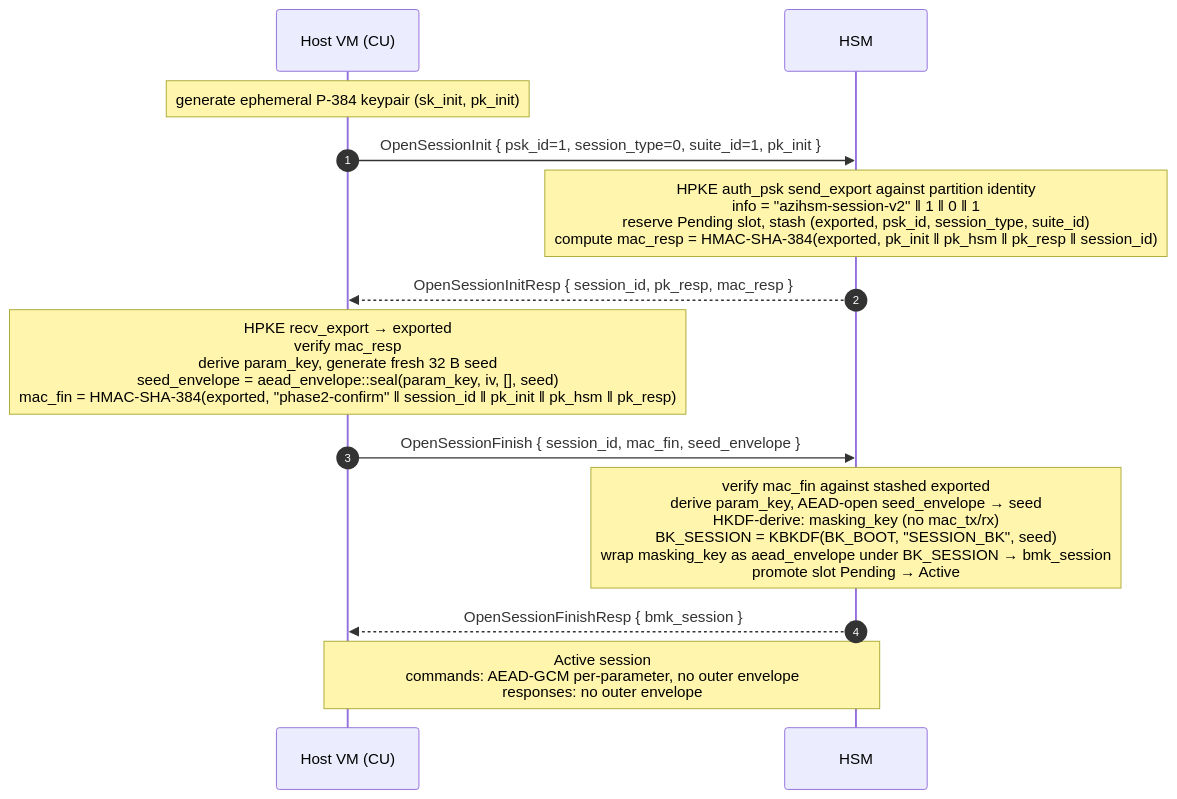
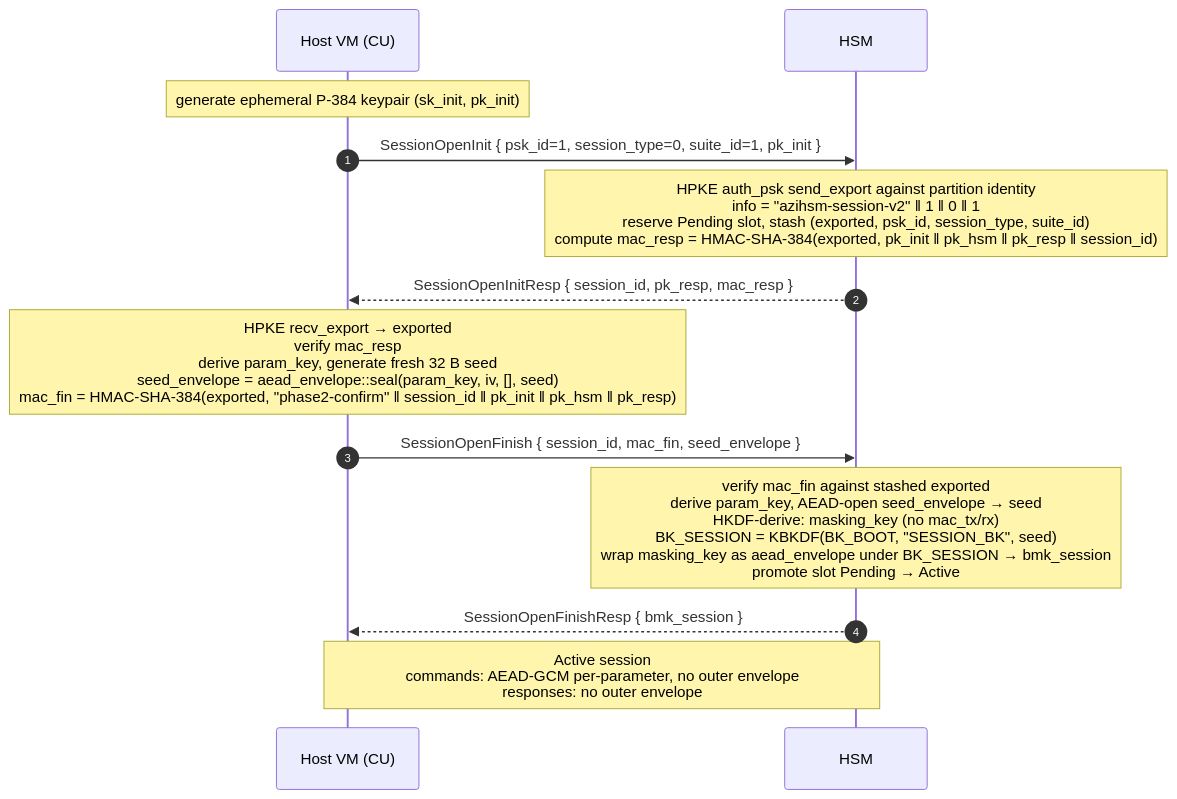
Before and after one commit to Azure/azihsm-sdk: the second of 2 diagrams in docs/tbor-ddi/README.md, drawn with Mermaid. The commit also changed other lines of this file and 142 other files, not shown here.

````diff
--- a/docs/tbor-ddi/README.md
+++ b/docs/tbor-ddi/README.md
@@ -140,18 +152,18 @@
 ```mermaid
 sequenceDiagram
     autonumber
     participant Host as Host VM (CU)
     participant HSM
 
     Note over Host: generate ephemeral P-384 keypair (sk_init, pk_init)
-    Host->>HSM: OpenSessionInit { psk_id=1, session_type=0, suite_id=1, pk_init }
+    Host->>HSM: SessionOpenInit { psk_id=1, session_type=0, suite_id=1, pk_init }
     Note over HSM: HPKE auth_psk send_export against partition identity<br/>info = "azihsm-session-v2" ‖ 1 ‖ 0 ‖ 1<br/>reserve Pending slot, stash (exported, psk_id, session_type, suite_id)<br/>compute mac_resp = HMAC-SHA-384(exported, pk_init ‖ pk_hsm ‖ pk_resp ‖ session_id)
-    HSM-->>Host: OpenSessionInitResp { session_id, pk_resp, mac_resp }
+    HSM-->>Host: SessionOpenInitResp { session_id, pk_resp, mac_resp }
 
     Note over Host: HPKE recv_export → exported<br/>verify mac_resp<br/>derive param_key, generate fresh 32 B seed<br/>seed_envelope = aead_envelope::seal(param_key, iv, [], seed)<br/>mac_fin = HMAC-SHA-384(exported, "phase2-confirm" ‖ session_id ‖ pk_init ‖ pk_hsm ‖ pk_resp)
-    Host->>HSM: OpenSessionFinish { session_id, mac_fin, seed_envelope }
+    Host->>HSM: SessionOpenFinish { session_id, mac_fin, seed_envelope }
     Note over HSM: verify mac_fin against stashed exported<br/>derive param_key, AEAD-open seed_envelope → seed<br/>HKDF-derive: masking_key (no mac_tx/rx)<br/>BK_SESSION = KBKDF(BK_BOOT, "SESSION_BK", seed)<br/>wrap masking_key as aead_envelope under BK_SESSION → bmk_session<br/>promote slot Pending → Active
-    HSM-->>Host: OpenSessionFinishResp { bmk_session }
+    HSM-->>Host: SessionOpenFinishResp { bmk_session }
 
     Note over Host,HSM: Active session<br/>commands: AEAD-GCM per-parameter, no outer envelope<br/>responses: no outer envelope
 ```
````
